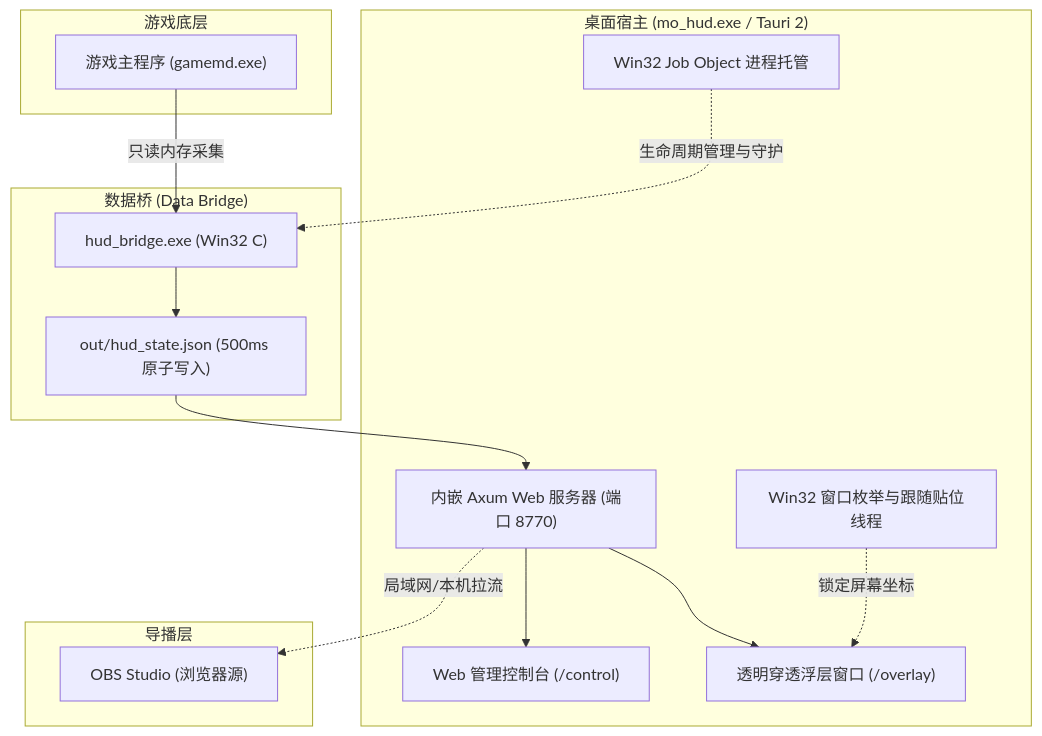
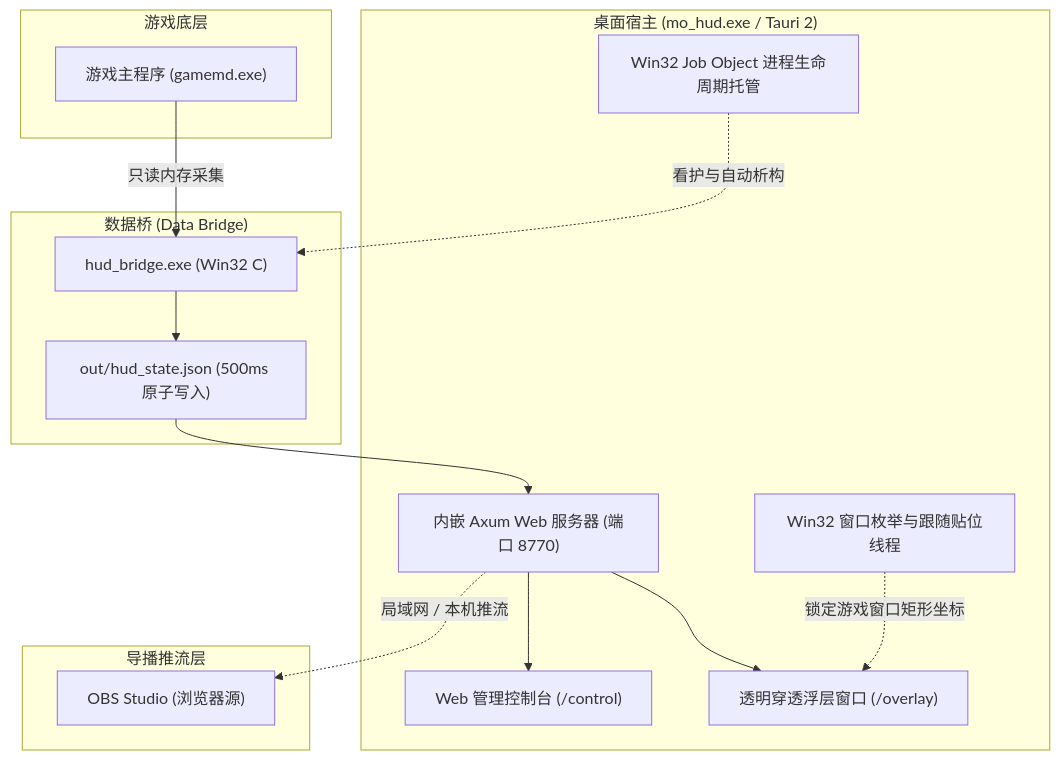
Before and after one commit to aaokok/mo-spectator-hud: the diagram in README.md, drawn with Mermaid. The commit also changed other lines of this file and 6 other files, not shown here.

Commit message:
docs: overhaul README with preview screenshot, quick-start, architecture and pack script

````diff
--- a/README.md
+++ b/README.md
@@ -30,32 +95,32 @@
 ```mermaid
 flowchart TD
     subgraph GameLayer["游戏底层"]
         Game["游戏主程序 (gamemd.exe)"]
     end
 
     subgraph BridgeLayer["数据桥 (Data Bridge)"]
         Bridge["hud_bridge.exe (Win32 C)"]
         StateOut["out/hud_state.json (500ms 原子写入)"]
     end
 
     subgraph HostLayer["桌面宿主 (mo_hud.exe / Tauri 2)"]
-        JobGuard["Win32 Job Object 进程托管"]
+        JobGuard["Win32 Job Object 进程生命周期托管"]
         Axum["内嵌 Axum Web 服务器 (端口 8770)"]
         Follower["Win32 窗口枚举与跟随贴位线程"]
         ControlPage["Web 管理控制台 (/control)"]
         OverlayWin["透明穿透浮层窗口 (/overlay)"]
     end
 
-    subgraph StreamLayer["导播层"]
+    subgraph StreamLayer["导播推流层"]
         OBS["OBS Studio (浏览器源)"]
     end
 
     Game -->|只读内存采集| Bridge
-    JobGuard -.->|生命周期管理与守护| Bridge
+    JobGuard -.->|看护与自动析构| Bridge
     Bridge --> StateOut
     StateOut --> Axum
     Axum --> OverlayWin
     Axum --> ControlPage
-    Axum -.->|局域网/本机拉流| OBS
-    Follower -.->|锁定屏幕坐标| OverlayWin
+    Axum -.->|局域网 / 本机推流| OBS
+    Follower -.->|锁定游戏窗口矩形坐标| OverlayWin
 ```
````
